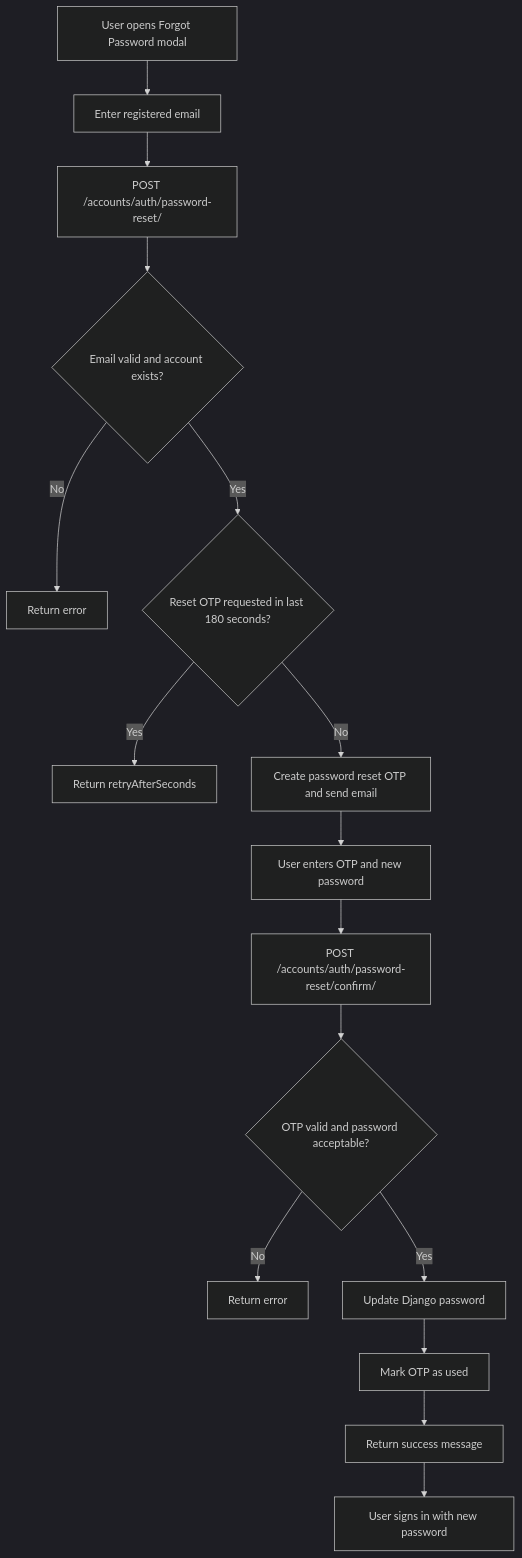
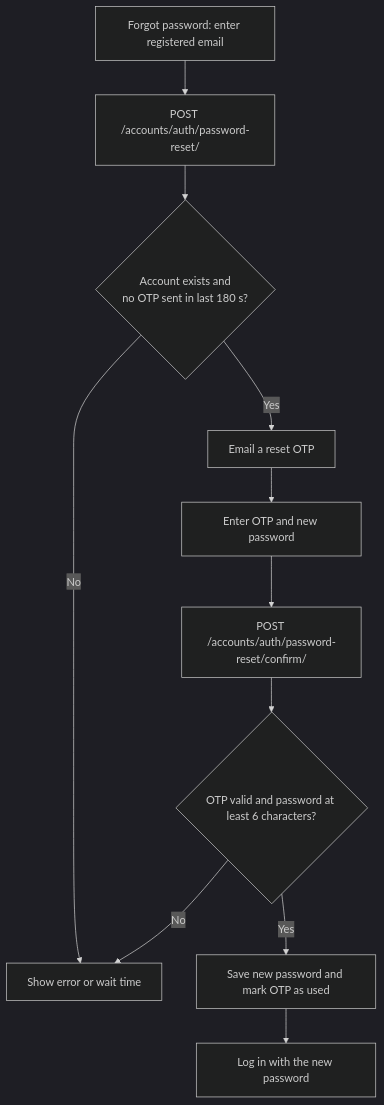
Before and after one commit to itsaymii/Capstone-Project: the third of 3 diagrams in docs/authentication-flow.md, drawn with Mermaid (dark theme). The commit also changed other lines of this file and 6 other files, not shown here.

````diff
--- a/docs/authentication-flow.md
+++ b/docs/authentication-flow.md
@@ -35,18 +62,13 @@
 ```mermaid
 flowchart TD
-	A[User opens Forgot Password modal] --> B[Enter registered email]
-	B --> C[POST /accounts/auth/password-reset/]
-	C --> D{Email valid and account exists?}
-	D -- No --> E[Return error]
-	D -- Yes --> F{Reset OTP requested in last 180 seconds?}
-	F -- Yes --> G[Return retryAfterSeconds]
-	F -- No --> H[Create password reset OTP and send email]
-	H --> I[User enters OTP and new password]
-	I --> J[POST /accounts/auth/password-reset/confirm/]
-	J --> K{OTP valid and password acceptable?}
-	K -- No --> L[Return error]
-	K -- Yes --> M[Update Django password]
-	M --> N[Mark OTP as used]
-	N --> O[Return success message]
-	O --> P[User signs in with new password]
+    A[Forgot password: enter registered email] --> B[POST /accounts/auth/password-reset/]
+    B --> C{Account exists and<br/>no OTP sent in last 180 s?}
+    C -- No --> X[Show error or wait time]
+    C -- Yes --> D[Email a reset OTP]
+    D --> E[Enter OTP and new password]
+    E --> F[POST /accounts/auth/password-reset/confirm/]
+    F --> G{OTP valid and password at least 6 characters?}
+    G -- No --> X
+    G -- Yes --> H[Save new password and mark OTP as used]
+    H --> I[Log in with the new password]
 ```
````
